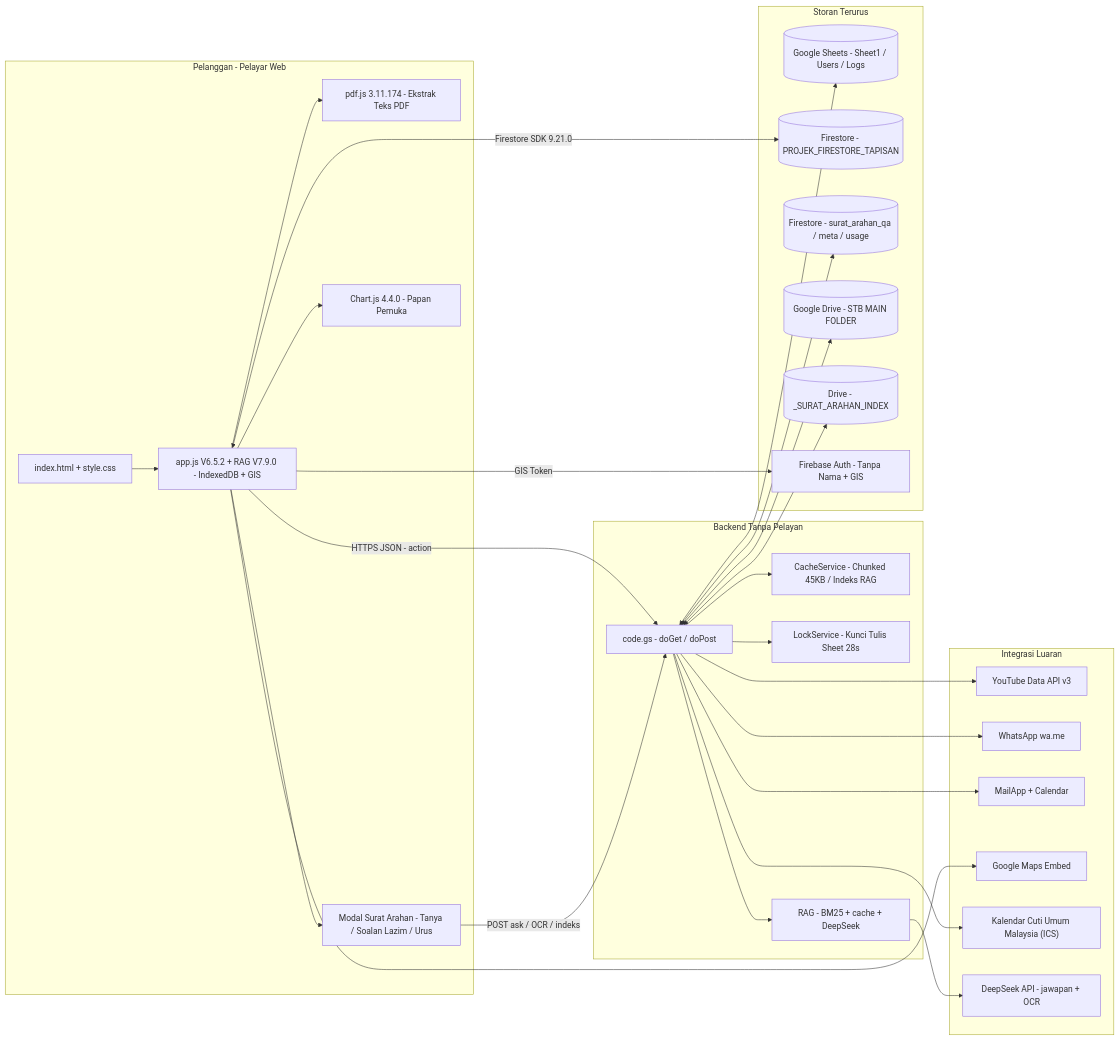
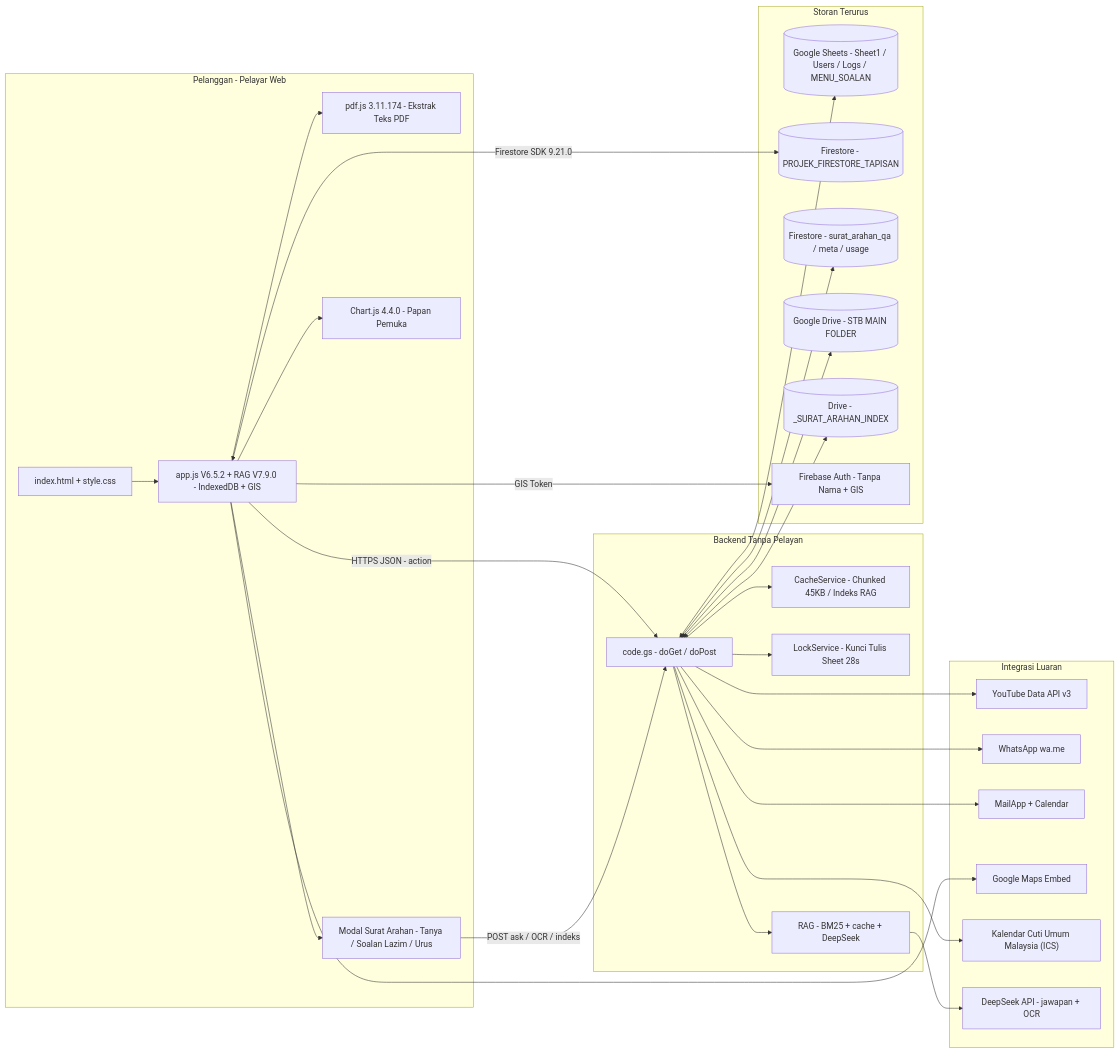
The first of 5 diagrams in structure.md (SPTB-PKK-HQ/Integrated-System-V1), drawn with Mermaid before and after one commit. The commit also changed other lines of this file and 5 other files, not shown here.

````diff
--- a/structure.md
+++ b/structure.md
@@ -72,53 +72,53 @@
 ```mermaid
 flowchart LR
     subgraph KLIEN["Pelanggan - Pelayar Web"]
         UI["index.html + style.css"]
         APP["app.js V6.5.2 + RAG V7.9.0 - IndexedDB + GIS"]
         PDF["pdf.js 3.11.174 - Ekstrak Teks PDF"]
         RAGUI["Modal Surat Arahan - Tanya / Soalan Lazim / Urus"]
         CHART["Chart.js 4.4.0 - Papan Pemuka"]
     end
     subgraph PINTU["Backend Tanpa Pelayan"]
         GAS["code.gs - doGet / doPost"]
         CACHE["CacheService - Chunked 45KB / Indeks RAG"]
         LOCK["LockService - Kunci Tulis Sheet 28s"]
         BM25["RAG - BM25 + cache + DeepSeek"]
     end
     subgraph DATA["Storan Terurus"]
-        SHEET[("Google Sheets - Sheet1 / Users / Logs")]
+        SHEET[("Google Sheets - Sheet1 / Users / Logs / MENU_SOALAN")]
         FIRE[("Firestore - PROJEK_FIRESTORE_TAPISAN")]
         FIRERAG[("Firestore - surat_arahan_qa / meta / usage")]
         DRIVE[("Google Drive - STB MAIN FOLDER")]
         INDEX[("Drive - _SURAT_ARAHAN_INDEX")]
         AUTH["Firebase Auth - Tanpa Nama + GIS"]
     end
     subgraph LUAR["Integrasi Luaran"]
         YT["YouTube Data API v3"]
         WA["WhatsApp wa.me"]
         MAIL["MailApp + Calendar"]
         MAPS["Google Maps Embed"]
         HOL["Kalendar Cuti Umum Malaysia (ICS)"]
         DS["DeepSeek API - jawapan + OCR"]
     end
     UI --> APP
     APP -->|"HTTPS JSON - action"| GAS
     APP <-->|"Firestore SDK 9.21.0"| FIRE
     APP -->|"GIS Token"| AUTH
     APP --> PDF
     APP --> RAGUI
     RAGUI -->|"POST ask / OCR / indeks"| GAS
     GAS --> CACHE
     GAS --> LOCK
     GAS --> BM25
     GAS <--> SHEET
     GAS <--> DRIVE
     GAS <--> FIRERAG
     GAS <--> INDEX
     BM25 --> DS
     GAS --> YT
     GAS --> MAIL
     GAS --> HOL
     APP --> CHART
     APP --> MAPS
     GAS --> WA
 ```
````
